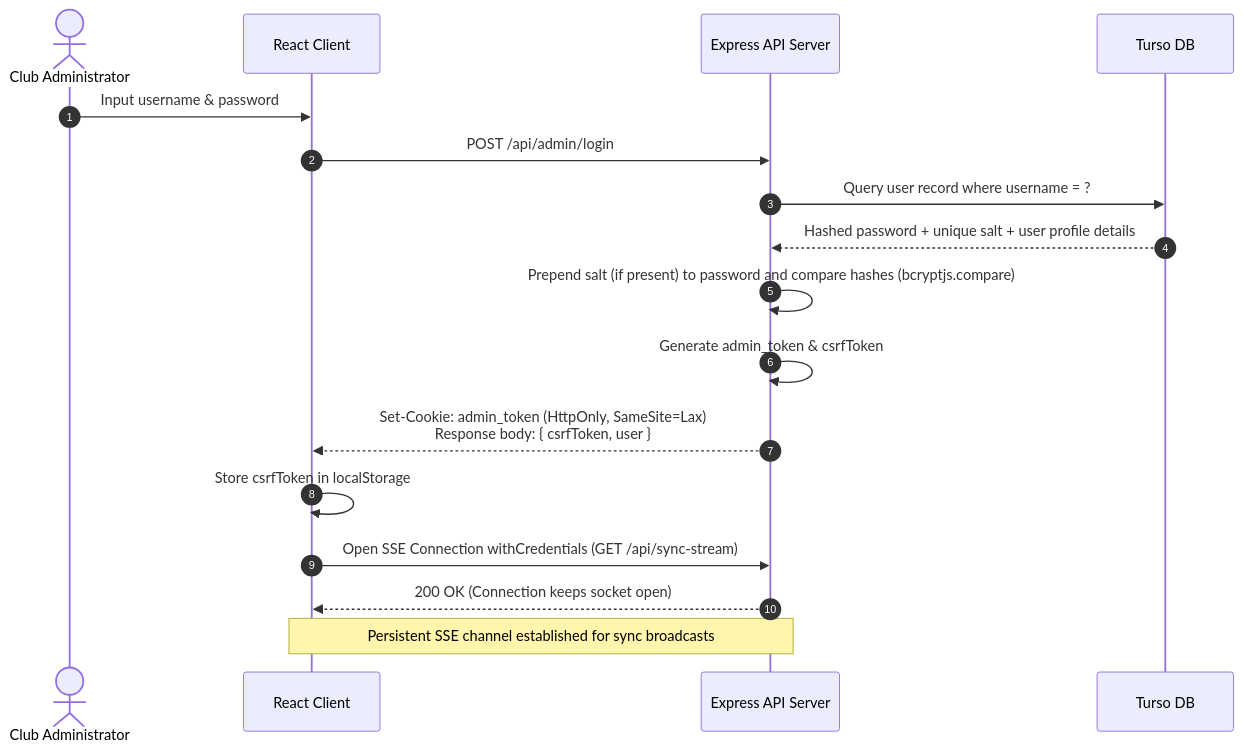
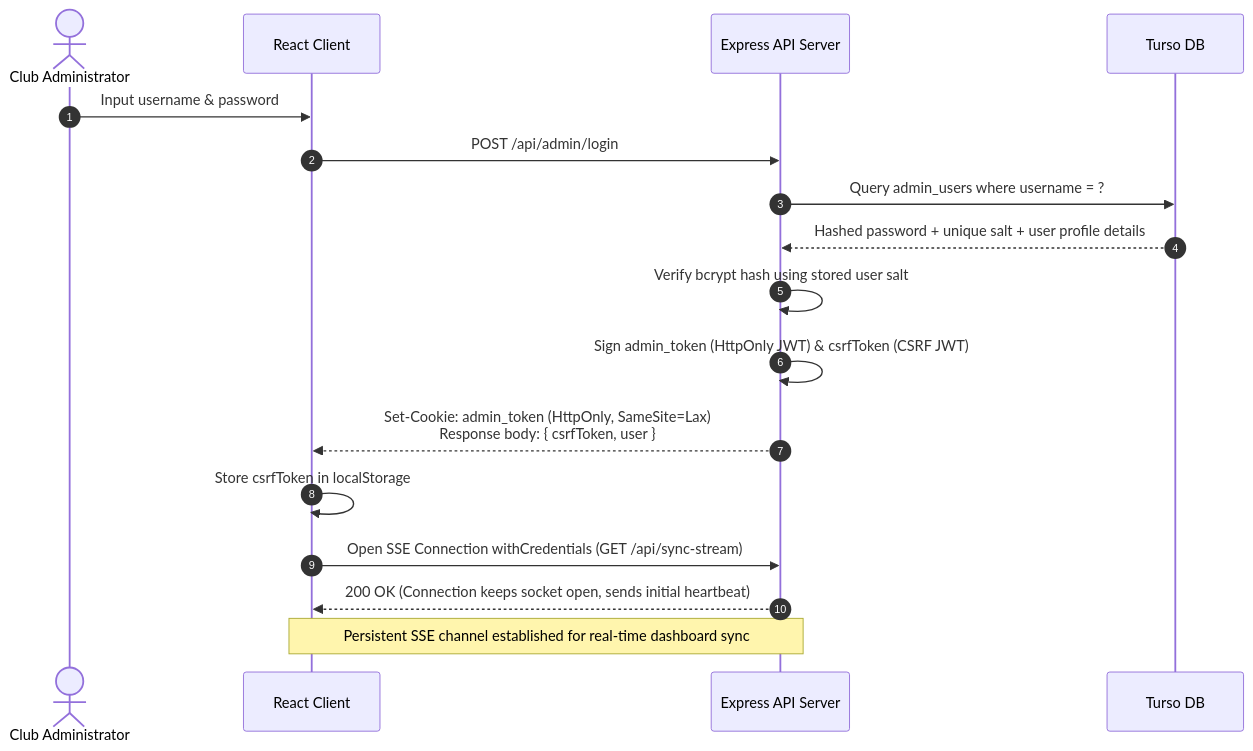
One commit to saicharan-bhuthkuri/rd changed the ninth of 26 diagrams in README.md. Above: the diagram before and after it, drawn with Mermaid. The commit also changed other lines of this file and 1 other file, not shown here.

Commit message:
docs: complete overhaul of README with 26 verified diagrams, 16-table ER schema, and Table of Figures

````diff
--- a/README.md
+++ b/README.md
@@ -582,20 +726,20 @@
 ```mermaid
 sequenceDiagram
     autonumber
     actor Admin as Club Administrator
     participant FE as React Client
     participant BE as Express API Server
     participant DB as Turso DB
     
     Admin->>FE: Input username & password
     FE->>BE: POST /api/admin/login
-    BE->>DB: Query user record where username = ?
+    BE->>DB: Query admin_users where username = ?
     DB-->>BE: Hashed password + unique salt + user profile details
-    BE->>BE: Prepend salt (if present) to password and compare hashes (bcryptjs.compare)
-    BE->>BE: Generate admin_token & csrfToken
+    BE->>BE: Verify bcrypt hash using stored user salt
+    BE->>BE: Sign admin_token (HttpOnly JWT) & csrfToken (CSRF JWT)
     BE-->>FE: Set-Cookie: admin_token (HttpOnly, SameSite=Lax)<br/>Response body: { csrfToken, user }
     FE->>FE: Store csrfToken in localStorage
     FE->>BE: Open SSE Connection withCredentials (GET /api/sync-stream)
-    BE-->>FE: 200 OK (Connection keeps socket open)
-    Note over FE,BE: Persistent SSE channel established for sync broadcasts
+    BE-->>FE: 200 OK (Connection keeps socket open, sends initial heartbeat)
+    Note over FE,BE: Persistent SSE channel established for real-time dashboard sync
 ```
````
